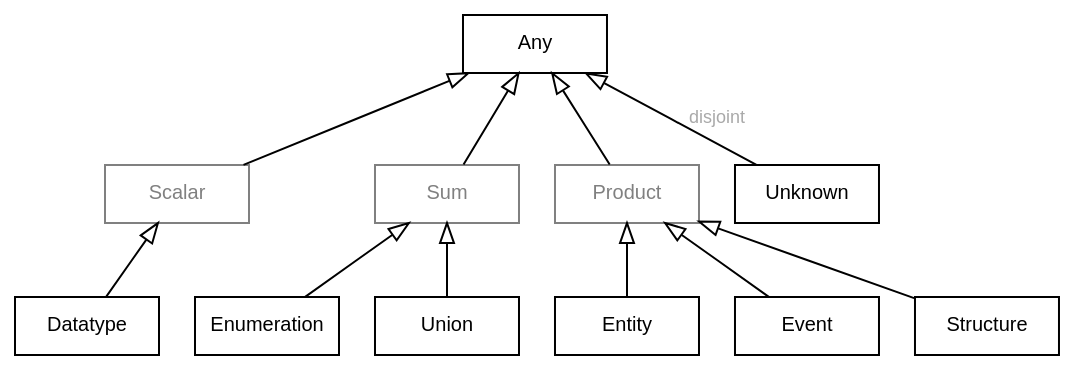
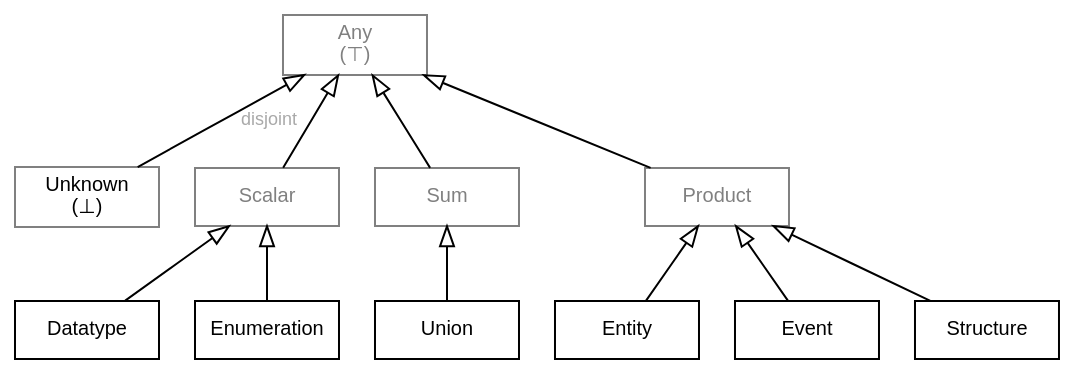
The diagram in docs/surface-syntax.org (sdm-lang/tree-sitter-sdml), drawn with Graphviz before and after one commit. The commit also changed other lines of this file and 11 other files, not shown here.

```diff
--- a/docs/surface-syntax.org
+++ b/docs/surface-syntax.org
@@ -277,24 +329,25 @@
 #+BEGIN_SRC dot :file sdml-type-model.svg :exports results
 strict digraph {
    bgcolor="transparent";
    rankdir=BT;
    fontname="Helvetica,Arial,sans-serif";
    node [shape="rect"; fontname="Helvetica,Arial,sans-serif"; fontsize=10; width=1.0; height=0.4];
    edge [arrowhead=onormal; fontname="Helvetica,Arial,sans-serif"; fontsize=9; fontcolor="darkgrey"];
    
-   Type [label="Any"];
+   Type [color="grey"; fontcolor="grey"; label="Any\n(⊤)"];
+   Unknown [color="grey"; label="Unknown\n(⊥)"];
    Scalar -> Type;
    Scalar [color="grey"; fontcolor="grey"];
    Datatype -> Scalar;
    Sum [color="grey"; fontcolor="grey"];
    Sum -> Type;
-   Enumeration -> Sum;
+   Enumeration -> Scalar;
    Union -> Sum;
    Product [color="grey"; fontcolor="grey"];
    Product -> Type;
    Entity -> Product;
    Event -> Product;
    Structure -> Product;
    Unknown -> Type [label="disjoint"];
 }
 #+END_SRC
```
